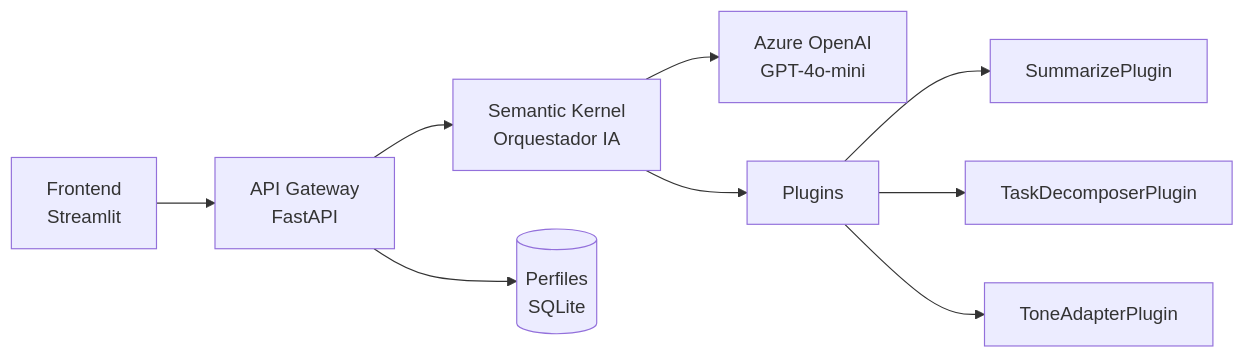
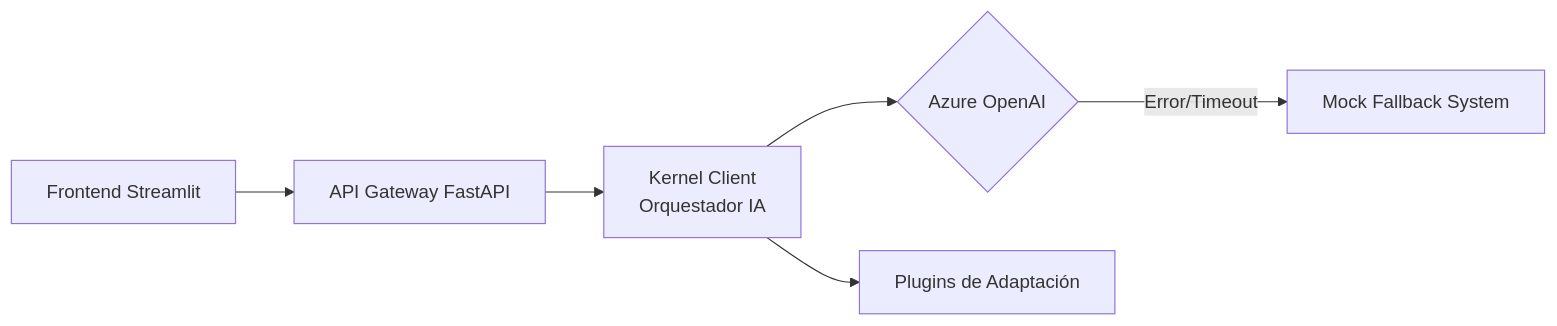
The diagram in README.es.md (Jorge-de-la-Flor/Hackathon-Innovation-Challenge-2026), drawn with Mermaid before and after one commit. The commit also changed other lines of this file and 1 other file, not shown here.

````diff
--- a/README.es.md
+++ b/README.es.md
@@ -36,11 +25,8 @@
 ```mermaid
 graph LR
-    A[Frontend<br/>Streamlit] --> B[API Gateway<br/>FastAPI]
-    B --> C[Semantic Kernel<br/>Orquestador IA]
-    C --> D[Azure OpenAI<br/>GPT-4o-mini]
-    C --> E[Plugins]
-    E --> F[SummarizePlugin]
-    E --> G[TaskDecomposerPlugin]
-    E --> H[ToneAdapterPlugin]
-    B --> I[(Perfiles<br/>SQLite)]
+    A[Frontend Streamlit] --> B[API Gateway FastAPI]
+    B --> C[Kernel Client<br/>Orquestador IA]
+    C --> D{Azure OpenAI}
+    D -- Error/Timeout --> E[Mock Fallback System]
+    C --> F[Plugins de Adaptación]
 ```
````
